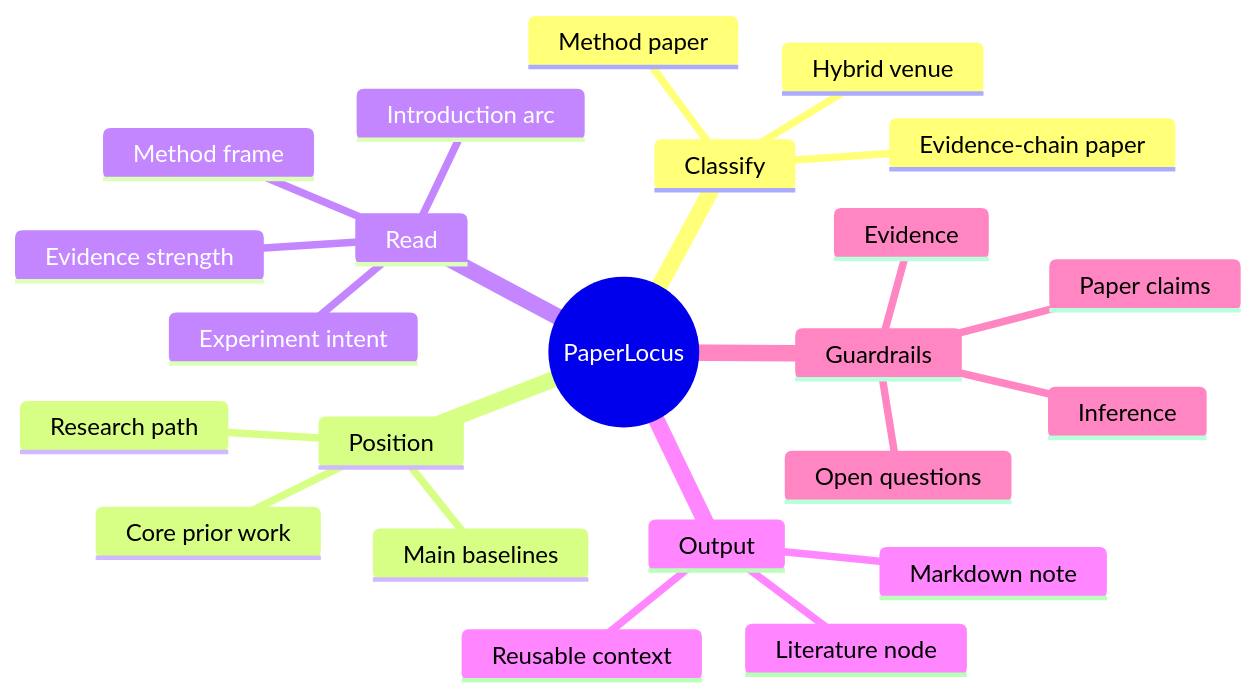
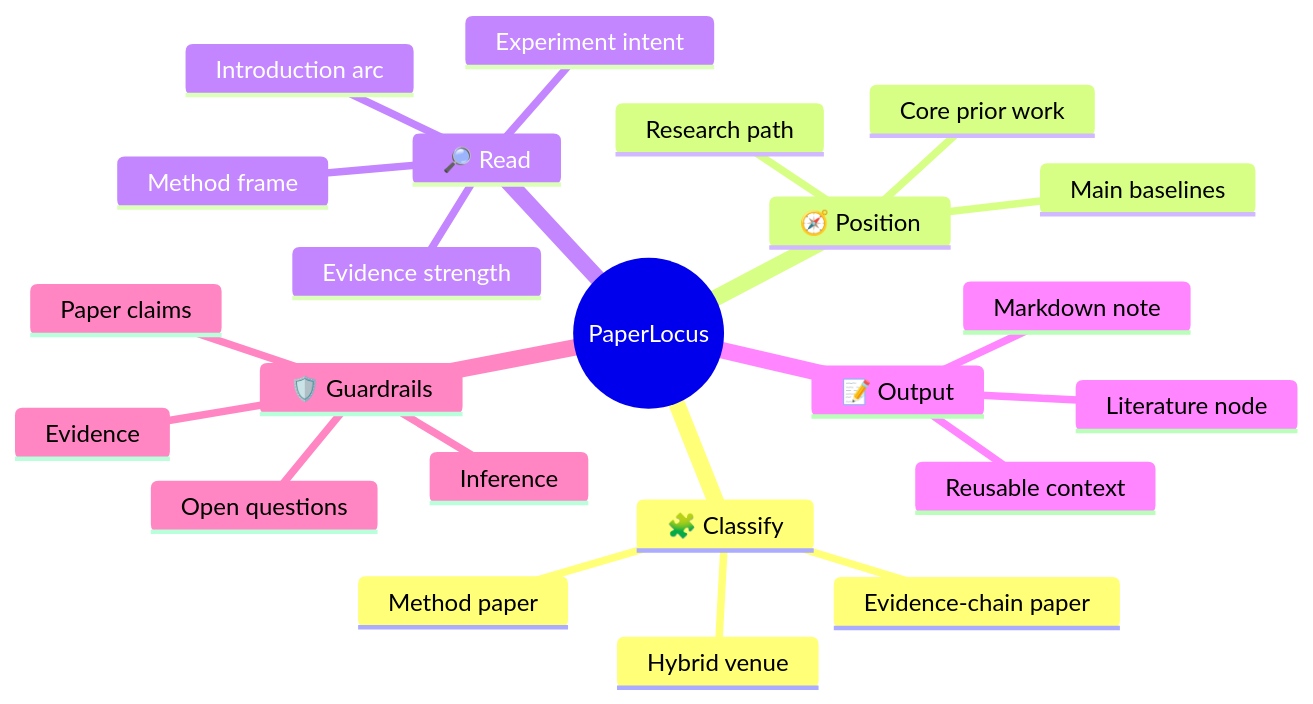
The first of 2 diagrams in README.md (littleZ05/PaperLocus), drawn with Mermaid before and after one commit. The commit also changed other lines of this file, not shown here.

````diff
--- a/README.md
+++ b/README.md
@@ -51,26 +57,26 @@
 ```mermaid
 mindmap
   root((PaperLocus))
-    Classify
+    🧩 Classify
       Method paper
       Evidence-chain paper
       Hybrid venue
-    Position
+    🧭 Position
       Core prior work
       Main baselines
       Research path
-    Read
+    🔎 Read
       Introduction arc
       Method frame
       Experiment intent
       Evidence strength
-    Output
+    📝 Output
       Markdown note
       Literature node
       Reusable context
-    Guardrails
+    🛡️ Guardrails
       Paper claims
       Evidence
       Inference
       Open questions
 ```
````
